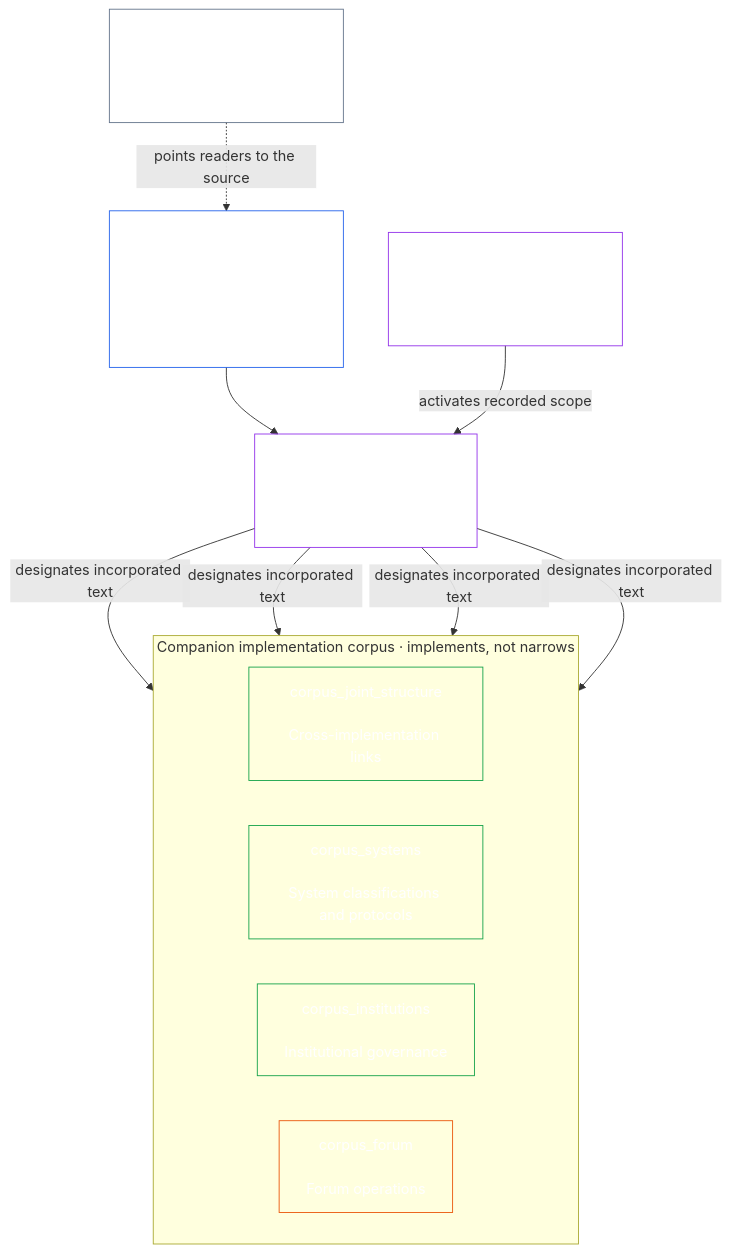
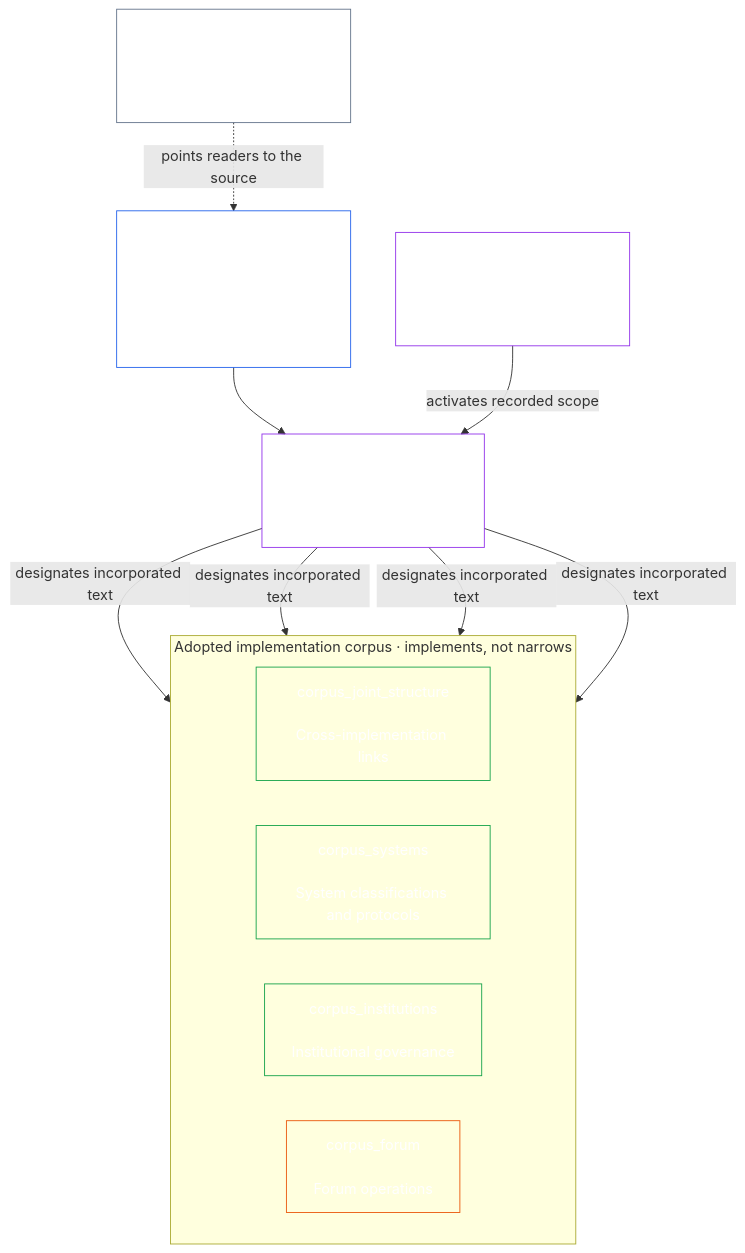
Before and after one commit to kfoelsch/Sentient_Constitution: diagram 20 of 20 in CONCEPTUAL_OVERVIEW.md, drawn with Mermaid. The commit also changed other lines of this file and 132 other files, not shown here.

First line of the commit message:
Rename companion tooling to adopted-implementation naming; fix regression suite

````diff
--- a/CONCEPTUAL_OVERVIEW.md
+++ b/CONCEPTUAL_OVERVIEW.md
@@ -1008,29 +1008,29 @@
 ```mermaid
 flowchart TB
     Core["Numbered core_* files<br/><br/>Preamble + Chapters One–Seventeen<br/>Binding constitutional source"]
     Bridge["Chapter Seventeen<br/><br/>Incorporation bridge<br/>Scope · edition · custody"]
     Adopt["Valid adoption<br/><br/>Chapters Sixteen and Seventeen"]
-    subgraph Comp["Companion implementation corpus · implements, not narrows"]
+    subgraph Comp["Adopted implementation corpus · implements, not narrows"]
         direction LR
         J["corpus_joint_structure<br/><br/>Cross-implementation links"]
         S["corpus_systems<br/><br/>System classifications and protocols"]
         I["corpus_institutions<br/><br/>Institutional governance"]
         F["corpus_forum<br/><br/>Forum operations"]
     end
     Support["Process and map support<br/><br/>README · START_HERE · lookup guides"]
     Core --> Bridge
     Adopt -->|activates recorded scope| Bridge
     Bridge -->|designates incorporated text| J
     Bridge -->|designates incorporated text| S
     Bridge -->|designates incorporated text| I
     Bridge -->|designates incorporated text| F
     Support -.->|points readers to the source| Core
     style Core fill:none,stroke:#2563eb,color:#ffffff
     style Bridge fill:none,stroke:#9333ea,color:#ffffff
     style Adopt fill:none,stroke:#9333ea,color:#ffffff
     style J fill:none,stroke:#16a34a,color:#ffffff
     style S fill:none,stroke:#16a34a,color:#ffffff
     style I fill:none,stroke:#16a34a,color:#ffffff
     style F fill:none,stroke:#ea580c,color:#ffffff
     style Support fill:none,stroke:#64748b,color:#ffffff
 ```
````
